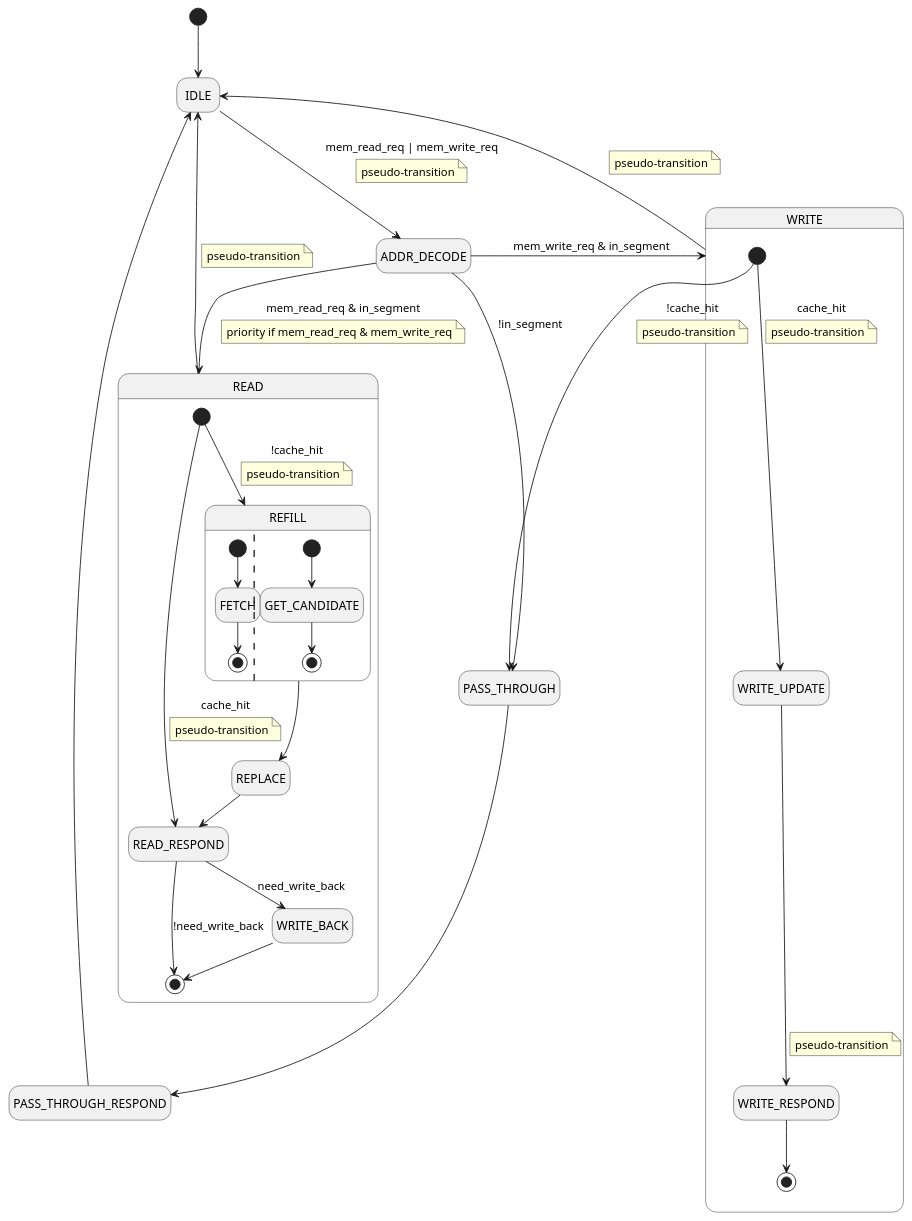
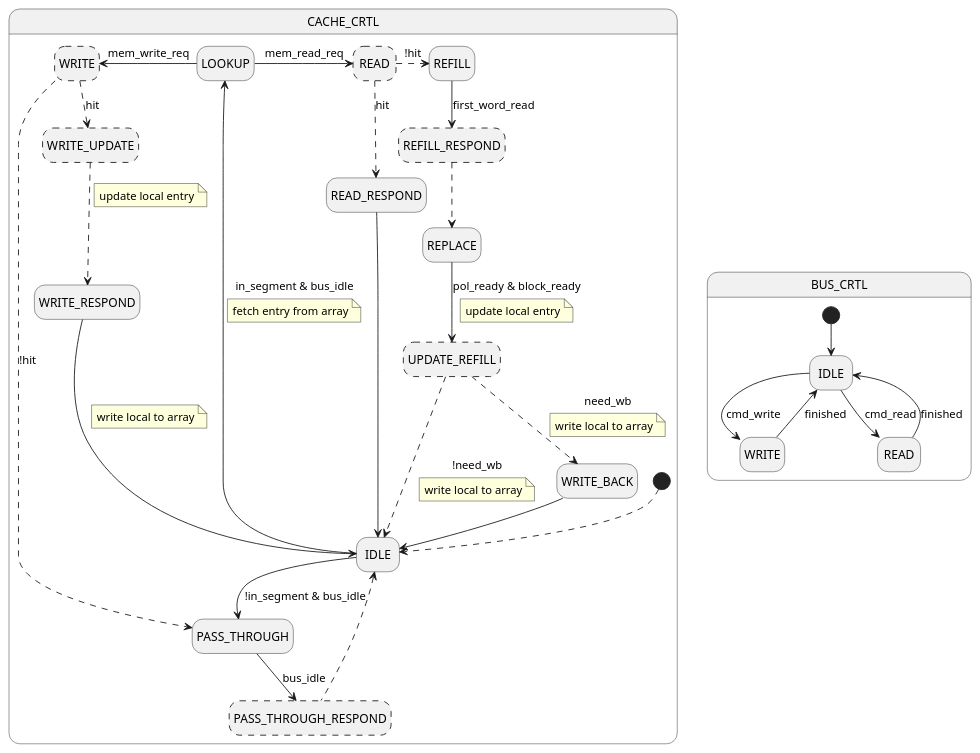
The diagram in mainCrtl.md (jjjt-git/potato), drawn with PlantUML before and after one commit. The commit also changed 23 other files, not shown here.

```diff
--- a/mainCrtl.md
+++ b/mainCrtl.md
@@ -1,67 +1,75 @@
 @startuml
 hide empty description
 
-[*] --> IDLE
-IDLE --> ADDR_DECODE : mem_read_req | mem_write_req
+state CACHE_CRTL {
+    [*] -[dashed]-> IDLE
+    IDLE --> LOOKUP : in_segment & bus_idle
+    note on link
+        fetch entry from array
+    end note
+    IDLE --> PASS_THROUGH : !in_segment & bus_idle
 
-note on link
-    pseudo-transition
-end note
+    state PASS_THROUGH_RESPOND #line.dashed
 
-ADDR_DECODE --> PASS_THROUGH : !in_segment
-PASS_THROUGH --> PASS_THROUGH_RESPOND
-PASS_THROUGH_RESPOND --> IDLE
+    PASS_THROUGH --> PASS_THROUGH_RESPOND : bus_idle
+    PASS_THROUGH_RESPOND -up[dashed]-> IDLE
 
-ADDR_DECODE --> WRITE : mem_write_req & in_segment
-state WRITE {
-    [*] --> PASS_THROUGH : !cache_hit
+    LOOKUP -left-> WRITE : mem_write_req
+    WRITE -[dashed]-> PASS_THROUGH : !hit
+    WRITE -[dashed]-> WRITE_UPDATE : hit
+
+    state WRITE #line.dashed
+    state WRITE_UPDATE #line.dashed
+
+    WRITE_UPDATE -[dashed]-> WRITE_RESPOND
     note on link
-        pseudo-transition
+        update local entry
     end note
-    [*] --> WRITE_UPDATE  : cache_hit
+    WRITE_RESPOND --> IDLE
     note on link
-        pseudo-transition
+        write local to array
     end note
-    WRITE_UPDATE --> WRITE_RESPOND
+
+    LOOKUP -right-> READ : mem_read_req
+    READ -[dashed]-> READ_RESPOND : hit
+    READ -right[dashed]-> REFILL : !hit
+
+    state READ #line.dashed
+
+    READ_RESPOND --> IDLE
+
+    REFILL_RESPOND -[dashed]-> REPLACE
+    WRITE_BACK --> IDLE
+
+    REFILL --> REFILL_RESPOND : first_word_read
+
+    state REFILL_RESPOND #line.dashed
+    state UPDATE_REFILL #line.dashed
+
+    REPLACE --> UPDATE_REFILL : pol_ready & block_ready
     note on link
-        pseudo-transition
+        update local entry
     end note
-    WRITE_RESPOND --> [*]
+    UPDATE_REFILL -[dashed]-> IDLE : !need_wb
+    note on link
+        write local to array
+    end note
+    UPDATE_REFILL -[dashed]-> WRITE_BACK : need_wb
+    note on link
+        write local to array
+    end note
 }
-WRITE --> IDLE
-note on link
-    pseudo-transition
-end note
 
-ADDR_DECODE --> READ : mem_read_req & in_segment
-note on link
-    priority if mem_read_req & mem_write_req
-end note
-state READ {
-    [*] --> READ_RESPOND : cache_hit
-    note on link
-        pseudo-transition
-    end note
-    [*] --> REFILL : !cache_hit
-    note on link
-        pseudo-transition
-    end note
-    state REFILL {
-        [*] --> FETCH
-        FETCH --> [*]
-        ||
-        [*] --> GET_CANDIDATE
-        GET_CANDIDATE --> [*]
-    }
-    REFILL --> REPLACE
-    REPLACE --> READ_RESPOND
-    READ_RESPOND --> [*] : !need_write_back
-    READ_RESPOND --> WRITE_BACK : need_write_back
-    WRITE_BACK --> [*]
+state BUS_CRTL {
+    state WAIT_CMD as "IDLE"
+    state PUSH as "WRITE"
+    state PULL as "READ"
+
+    [*] --> WAIT_CMD
+    WAIT_CMD --> PUSH : cmd_write
+    WAIT_CMD --> PULL : cmd_read
+    PUSH --> WAIT_CMD : finished
+    PULL --> WAIT_CMD : finished
 }
-READ --> IDLE
-note on link
-    pseudo-transition
-end note
 
 @enduml
```
